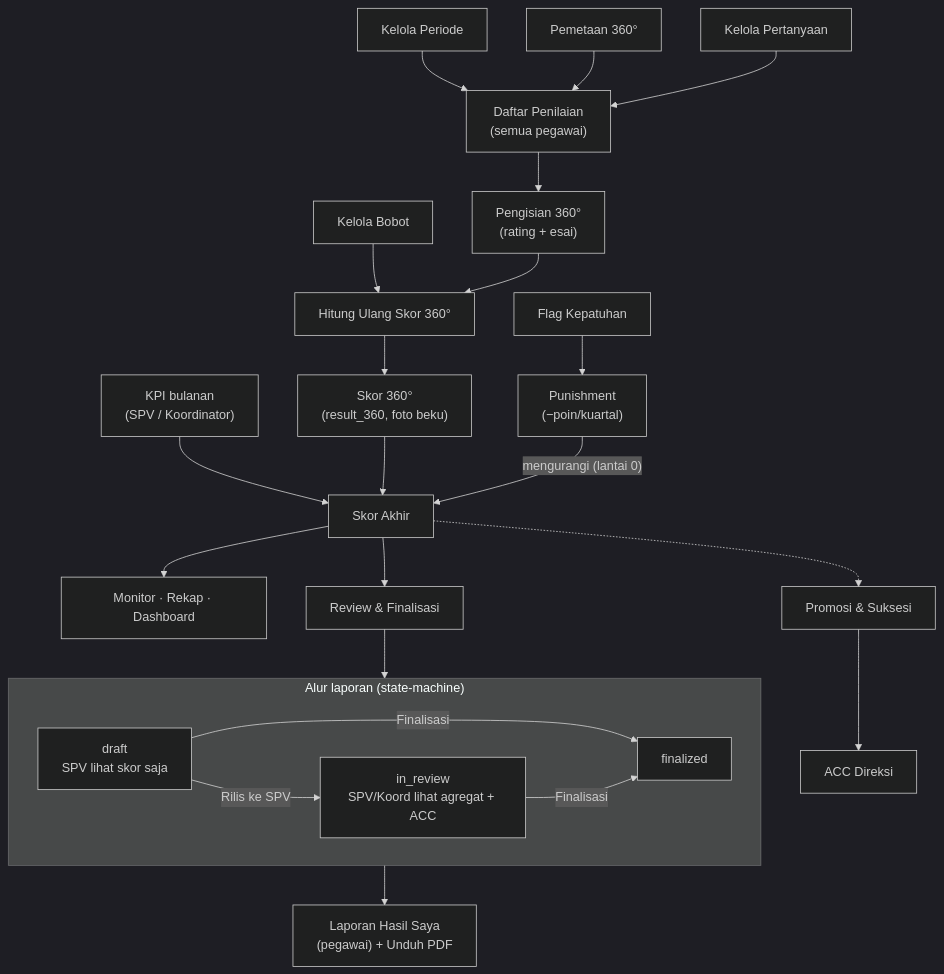
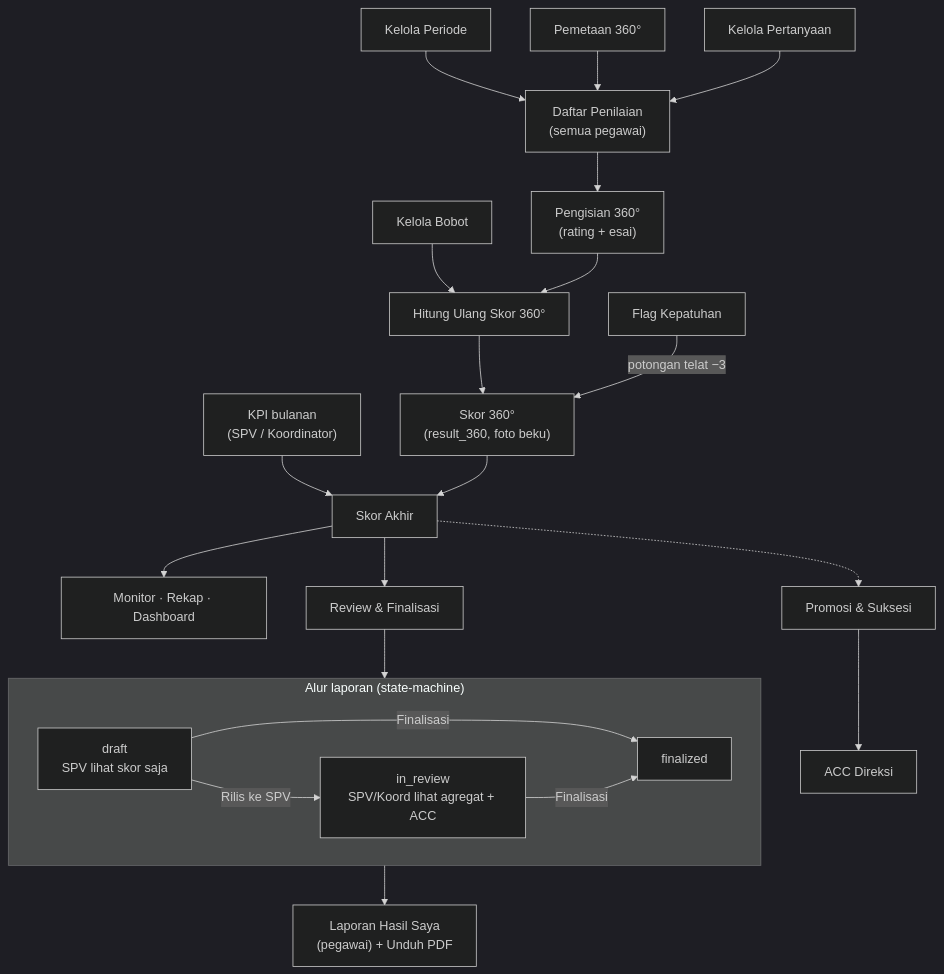
The sixth of 6 diagrams in docs/panduan/CARA-PENGGUNAAN.md (infarmcorp/infarm-360), drawn with Mermaid (dark theme) before and after one commit. The commit also changed other lines of this file and 38 other files, not shown here.

First line of the commit message:
Hapus fitur Punishment manual: sanksi hanya potongan telat -3 di Skor 360

````diff
--- a/docs/panduan/CARA-PENGGUNAAN.md
+++ b/docs/panduan/CARA-PENGGUNAAN.md
@@ -1426,31 +1420,30 @@
 ```mermaid
 flowchart TD
     PERIODE["Kelola Periode"] --> DAFTAR["Daftar Penilaian<br/>(semua pegawai)"]
     PEMETAAN["Pemetaan 360°"] --> DAFTAR
     PERTANYAAN["Kelola Pertanyaan"] --> DAFTAR
     DAFTAR --> ISI["Pengisian 360°<br/>(rating + esai)"]
 
     BOBOT["Kelola Bobot"] --> HITUNG["Hitung Ulang Skor 360°"]
     ISI --> HITUNG
     HITUNG --> S360["Skor 360°<br/>(result_360, foto beku)"]
 
     KPI["KPI bulanan<br/>(SPV / Koordinator)"] --> AKHIR["Skor Akhir"]
     S360 --> AKHIR
-    KEPATUHAN["Flag Kepatuhan"] --> PUNISH["Punishment<br/>(−poin/kuartal)"]
-    PUNISH -- "mengurangi (lantai 0)" --> AKHIR
+    KEPATUHAN["Flag Kepatuhan"] -- "potongan telat −3" --> S360
 
     AKHIR --> ANALITIK["Monitor · Rekap · Dashboard"]
     AKHIR --> REVIEW["Review & Finalisasi"]
 
     subgraph SM["Alur laporan (state-machine)"]
         direction LR
         DR["draft<br/>SPV lihat skor saja"] -->|"Rilis ke SPV"| IR["in_review<br/>SPV/Koord lihat agregat + ACC"]
         DR -->|"Finalisasi"| FIN["finalized"]
         IR -->|"Finalisasi"| FIN
     end
     REVIEW --> DR
     FIN --> LAPOR["Laporan Hasil Saya<br/>(pegawai) + Unduh PDF"]
 
     AKHIR -.-> SUKSESI["Promosi & Suksesi"]
     SUKSESI --> ACC["ACC Direksi"]
 ```
````
